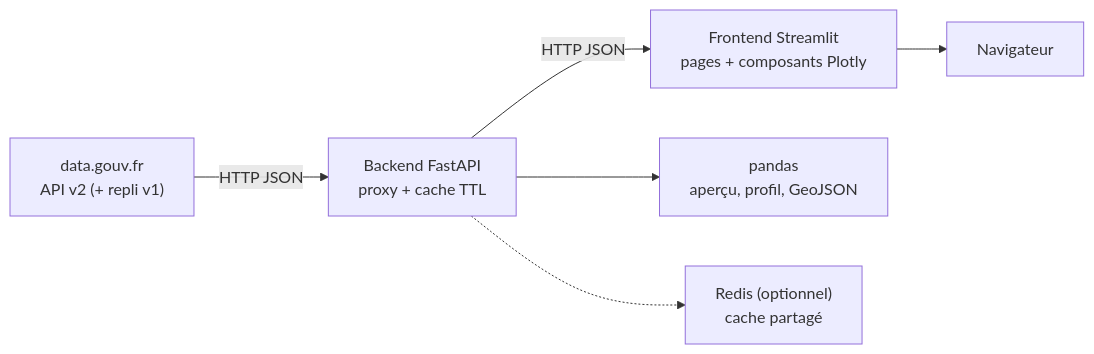
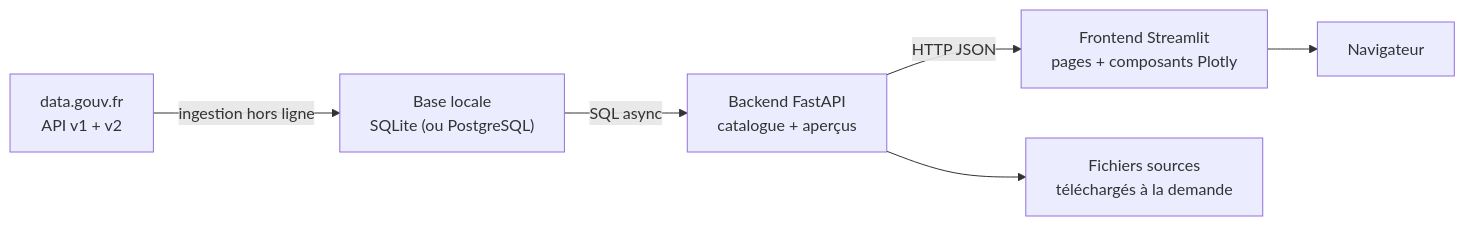
The diagram in README.md (UnlimitedPM/Data-Gouv-FastAPI), drawn with Mermaid before and after one commit. The commit also changed other lines of this file and 26 other files, not shown here.

First line of the commit message:
feat: read data.gouv catalogue from a local database

````diff
--- a/README.md
+++ b/README.md
@@ -52,8 +94,8 @@
 ```mermaid
 flowchart LR
-    A["data.gouv.fr<br/>API v2 (+ repli v1)"] -->|HTTP JSON| B["Backend FastAPI<br/>proxy + cache TTL"]
-    B -->|HTTP JSON| C["Frontend Streamlit<br/>pages + composants Plotly"]
-    B --> D["pandas<br/>aperçu, profil, GeoJSON"]
-    B -.-> R["Redis (optionnel)<br/>cache partagé"]
-    C --> E["Navigateur"]
+    A["data.gouv.fr<br/>API v1 + v2"] -->|ingestion hors ligne| B["Base locale<br/>SQLite (ou PostgreSQL)"]
+    B -->|SQL async| C["Backend FastAPI<br/>catalogue + aperçus"]
+    C -->|HTTP JSON| D["Frontend Streamlit<br/>pages + composants Plotly"]
+    C --> E["Fichiers sources<br/>téléchargés à la demande"]
+    D --> F["Navigateur"]
 ```
````
